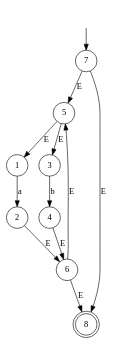
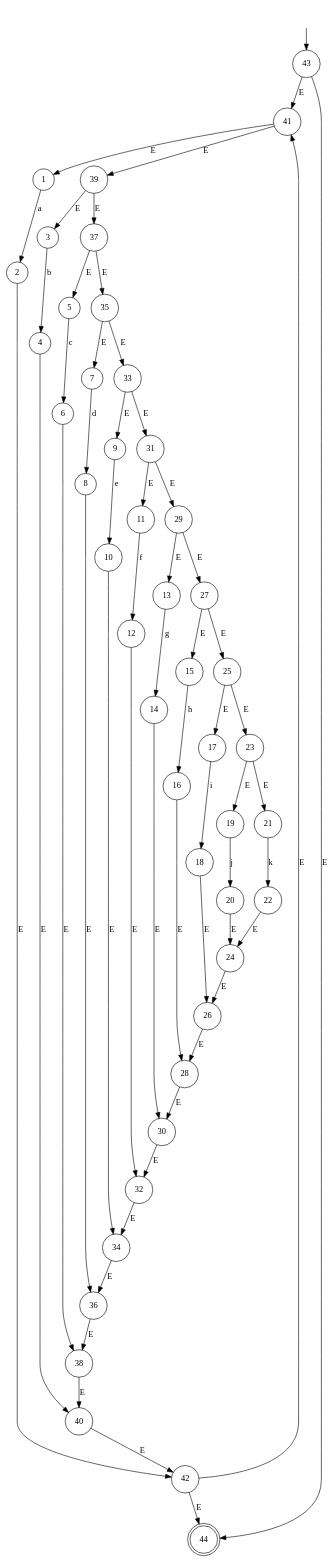
The diagram in dots/nfa.dot (ihewro/qt-lexical-analyzer), drawn with Graphviz before and after one commit. The commit also changed 6 other files, not shown here.

```diff
--- a/dots/nfa.dot
+++ b/dots/nfa.dot
@@ -1,23 +1,104 @@
 digraph G{
     ""[shape=none]
     "1"[shape=circle]
     "2"[shape=circle]
     "3"[shape=circle]
     "4"[shape=circle]
     "5"[shape=circle]
     "6"[shape=circle]
     "7"[shape=circle]
-    "8"[shape=doublecircle]
+    "8"[shape=circle]
+    "9"[shape=circle]
+    "10"[shape=circle]
+    "11"[shape=circle]
+    "12"[shape=circle]
+    "13"[shape=circle]
+    "14"[shape=circle]
+    "15"[shape=circle]
+    "16"[shape=circle]
+    "17"[shape=circle]
+    "18"[shape=circle]
+    "19"[shape=circle]
+    "20"[shape=circle]
+    "21"[shape=circle]
+    "22"[shape=circle]
+    "23"[shape=circle]
+    "24"[shape=circle]
+    "25"[shape=circle]
+    "26"[shape=circle]
+    "27"[shape=circle]
+    "28"[shape=circle]
+    "29"[shape=circle]
+    "30"[shape=circle]
+    "31"[shape=circle]
+    "32"[shape=circle]
+    "33"[shape=circle]
+    "34"[shape=circle]
+    "35"[shape=circle]
+    "36"[shape=circle]
+    "37"[shape=circle]
+    "38"[shape=circle]
+    "39"[shape=circle]
+    "40"[shape=circle]
+    "41"[shape=circle]
+    "42"[shape=circle]
+    "43"[shape=circle]
+    "44"[shape=doublecircle]
 
-    ""->"7"
+    ""->"43"
     "1" -> 2[label="a"]
-    "2" -> 6[label="E"]
+    "2" -> 42[label="E"]
     "3" -> 4[label="b"]
-    "4" -> 6[label="E"]
-    "5" -> 1[label="E"]
-    "5" -> 3[label="E"]
-    "6" -> 5[label="E"]
-    "6" -> 8[label="E"]
-    "7" -> 5[label="E"]
-    "7" -> 8[label="E"]
+    "4" -> 40[label="E"]
+    "5" -> 6[label="c"]
+    "6" -> 38[label="E"]
+    "7" -> 8[label="d"]
+    "8" -> 36[label="E"]
+    "9" -> 10[label="e"]
+    "10" -> 34[label="E"]
+    "11" -> 12[label="f"]
+    "12" -> 32[label="E"]
+    "13" -> 14[label="g"]
+    "14" -> 30[label="E"]
+    "15" -> 16[label="h"]
+    "16" -> 28[label="E"]
+    "17" -> 18[label="i"]
+    "18" -> 26[label="E"]
+    "19" -> 20[label="j"]
+    "20" -> 24[label="E"]
+    "21" -> 22[label="k"]
+    "22" -> 24[label="E"]
+    "23" -> 19[label="E"]
+    "23" -> 21[label="E"]
+    "24" -> 26[label="E"]
+    "25" -> 17[label="E"]
+    "25" -> 23[label="E"]
+    "26" -> 28[label="E"]
+    "27" -> 15[label="E"]
+    "27" -> 25[label="E"]
+    "28" -> 30[label="E"]
+    "29" -> 13[label="E"]
+    "29" -> 27[label="E"]
+    "30" -> 32[label="E"]
+    "31" -> 11[label="E"]
+    "31" -> 29[label="E"]
+    "32" -> 34[label="E"]
+    "33" -> 9[label="E"]
+    "33" -> 31[label="E"]
+    "34" -> 36[label="E"]
+    "35" -> 7[label="E"]
+    "35" -> 33[label="E"]
+    "36" -> 38[label="E"]
+    "37" -> 5[label="E"]
+    "37" -> 35[label="E"]
+    "38" -> 40[label="E"]
+    "39" -> 3[label="E"]
+    "39" -> 37[label="E"]
+    "40" -> 42[label="E"]
+    "41" -> 1[label="E"]
+    "41" -> 39[label="E"]
+    "42" -> 41[label="E"]
+    "42" -> 44[label="E"]
+    "43" -> 41[label="E"]
+    "43" -> 44[label="E"]
 }
```
